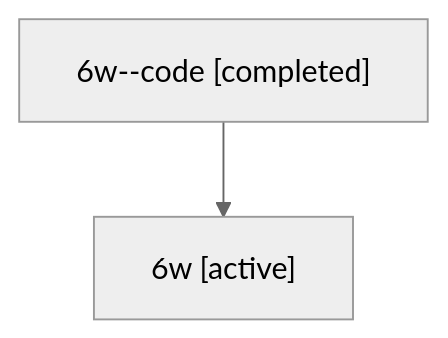
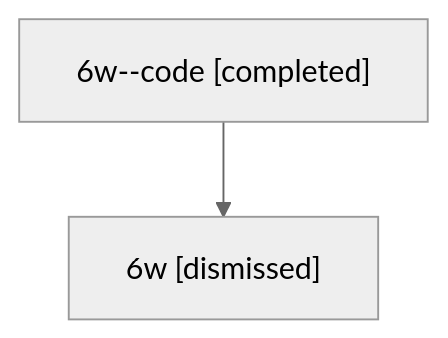
Before and after one commit to sase-org/sase--agents: the diagram in sessions/bbugyi200.athena.6w.md, drawn with Mermaid (neutral theme). The commit also changed other lines of this file and 18 other files, not shown here.

````diff
--- a/sessions/bbugyi200.athena.6w.md
+++ b/sessions/bbugyi200.athena.6w.md
@@ -9,6 +9,6 @@
 ```mermaid
 flowchart TD
   n0["6w--code [completed]"]
-  n1["6w [active]"]
+  n1["6w [dismissed]"]
   n0 --> n1
 ```
````
